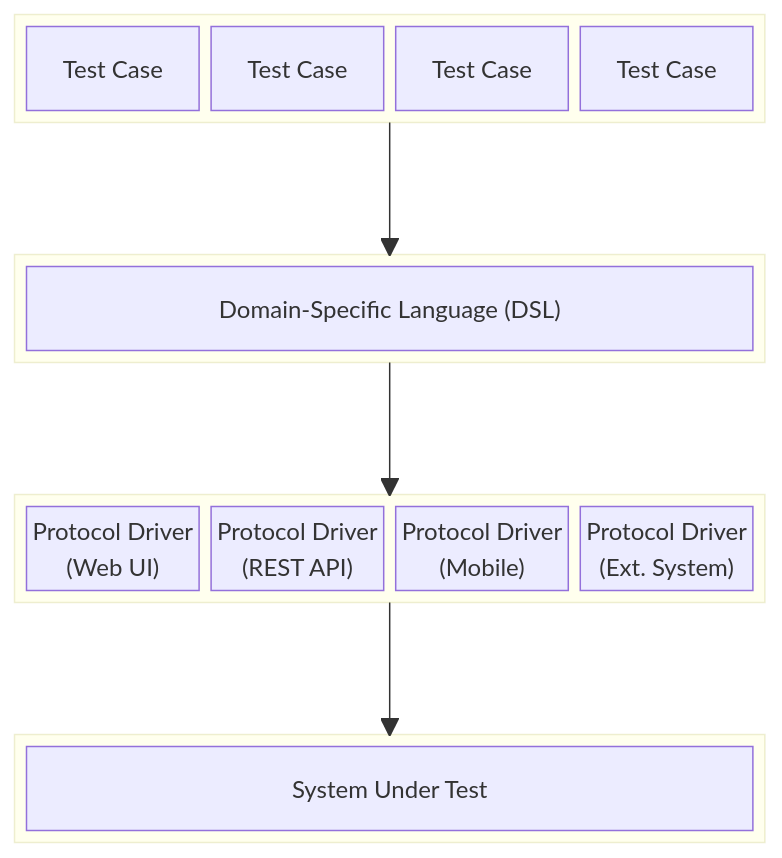
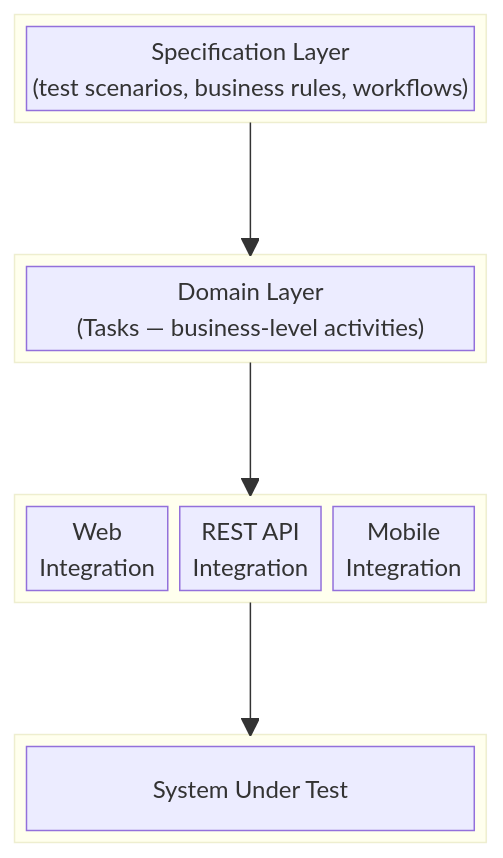
The diagram in src/pages/compare.mdx (serenity-js/serenity-js.org), drawn with Mermaid before and after one commit. The commit also changed other lines of this file, not shown here.

Commit message:
docs: rewrite Compare architecture section using BDD in Action layered model

````diff
--- a/src/pages/compare.mdx
+++ b/src/pages/compare.mdx
@@ -25,32 +29,34 @@
 ```mermaid
 block-beta
     columns 1
 
-    block:tests
-        columns 4
-        t1["Test Case"] t2["Test Case"] t3["Test Case"] t4["Test Case"]
+    block:spec
+        columns 1
+        s1["Specification Layer\n(test scenarios, business rules, workflows)"]
     end
 
     space
 
-    block:dsl
-        d1["Domain-Specific Language (DSL)"]
+    block:domain
+        columns 1
+        d1["Domain Layer\n(Tasks — business-level activities)"]
     end
 
     space
 
-    block:drivers
-        columns 4
-        dr1["Protocol Driver\n(Web UI)"] dr2["Protocol Driver\n(REST API)"] dr3["Protocol Driver\n(Mobile)"] dr4["Protocol Driver\n(Ext. System)"]
+    block:integration
+        columns 3
+        i1["Web\nIntegration"] i2["REST API\nIntegration"] i3["Mobile\nIntegration"]
     end
 
     space
 
     block:sut
-        s1["System Under Test"]
+        columns 1
+        sut1["System Under Test"]
     end
 
-    tests --> dsl
-    dsl --> drivers
-    drivers --> sut
+    spec --> domain
+    domain --> integration
+    integration --> sut
 ```
````
